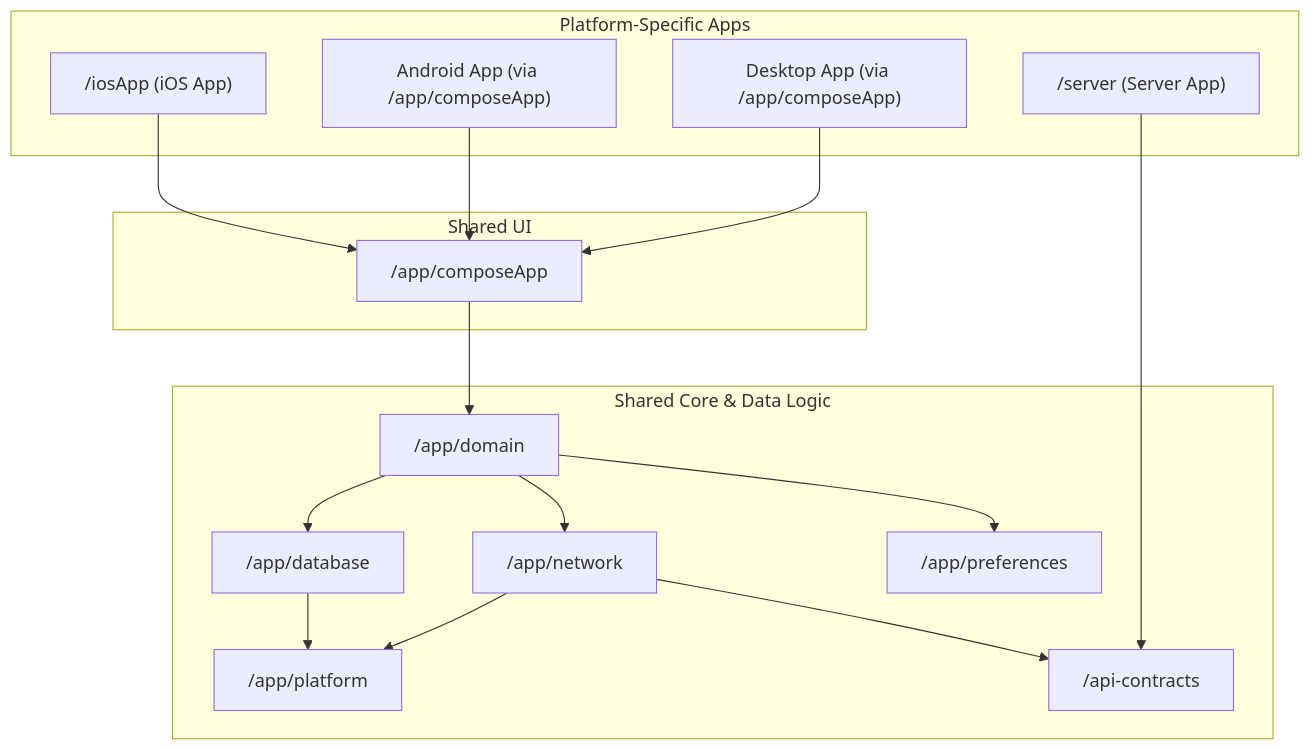
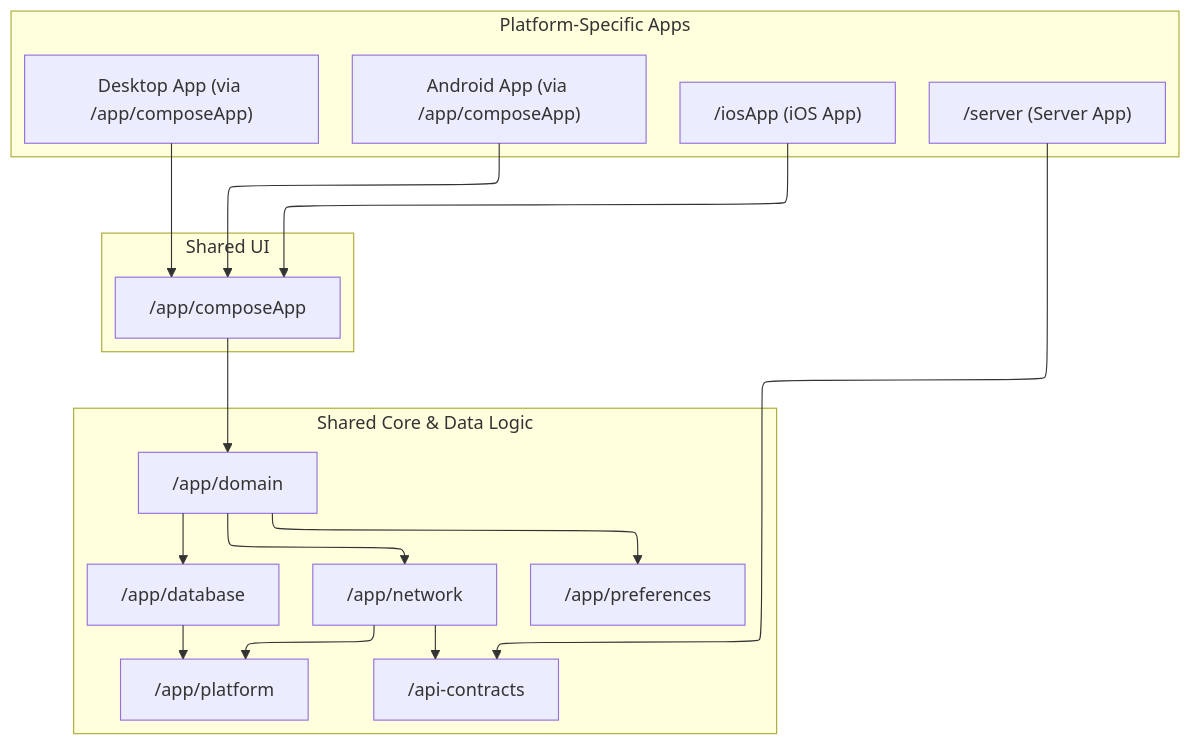
The diagram in README.md (GautierLouis/Sample-Compose-Multiplatform), drawn with Mermaid before and after one commit.

````diff
--- a/README.md
+++ b/README.md
@@ -14,39 +14,39 @@
 ```mermaid
-graph TD
+flowchart-elk TD
     subgraph "Platform-Specific Apps"
         A1["/iosApp (iOS App)"]
         A2["Android App (via /app/composeApp)"]
         A3["Desktop App (via /app/composeApp)"]
         S["/server (Server App)"]
     end
 
     subgraph "Shared UI"
         UI["/app/composeApp"]
     end
 
     subgraph "Shared Core & Data Logic"
         D["/app/domain"]
         N["/app/network"]
         P["/app/platform"]
         DB["/app/database"]
         AC["/api-contracts"]
         PR["/app/preferences"]
     end
 
     %% Application Dependencies
     A1 --> UI
     A2 --> UI
     A3 --> UI
 
     %% UI Dependencies
     UI --> D
 
     %% Core Logic Dependencies
     D --> PR
     D --> DB
     D --> N
     DB --> P
     N --> P
     N --> AC
     S --> AC
 ```
````
